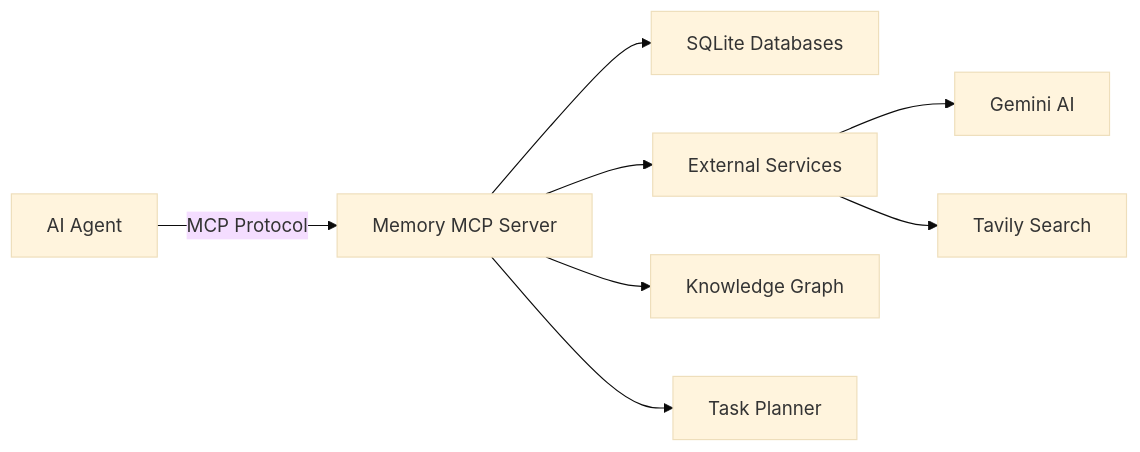
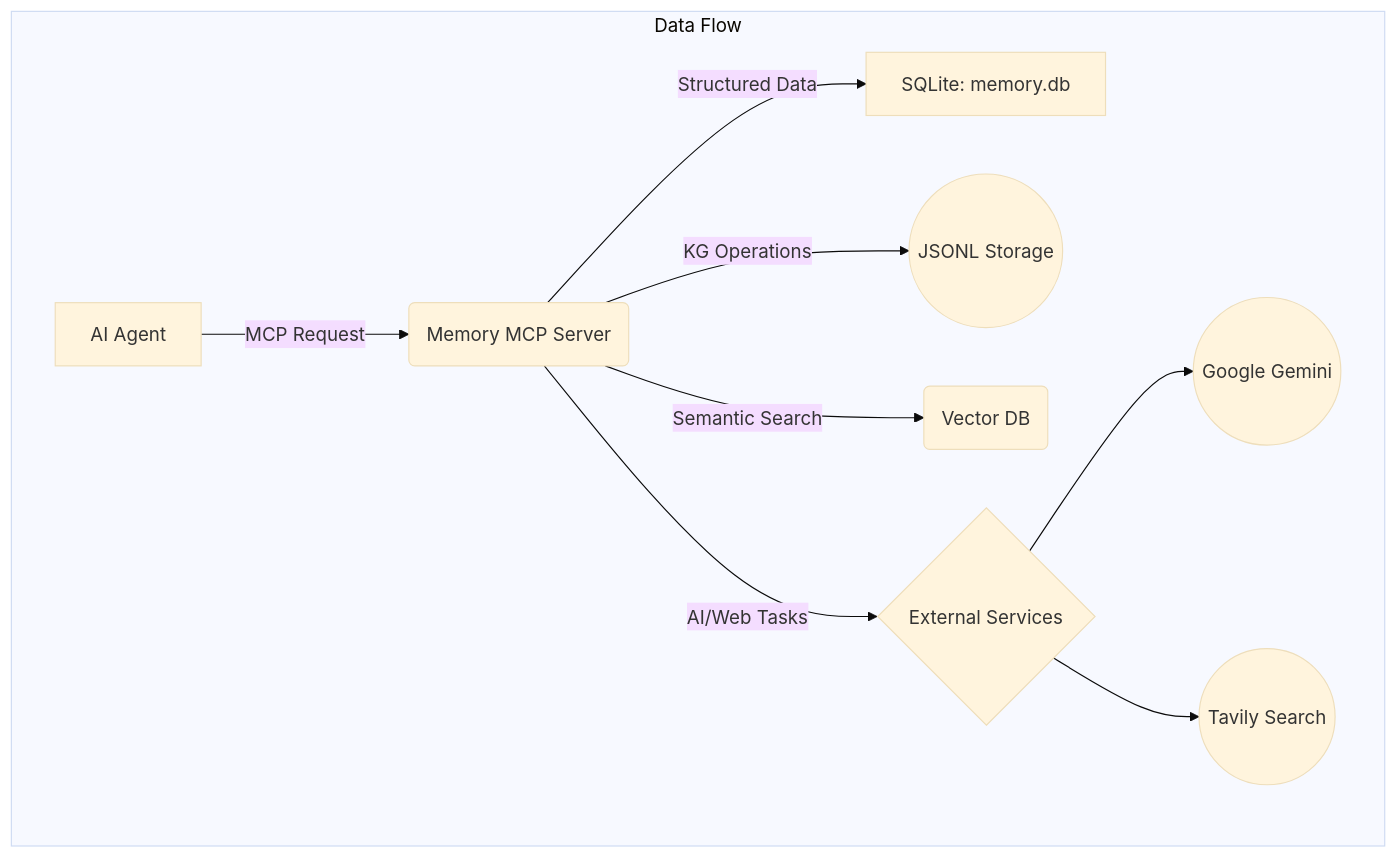
The diagram in README.md (rashee1997/orchestrator), drawn with Mermaid (base theme) before and after one commit. The commit also changed other lines of this file, not shown here.

First line of the commit message:
docs(readme): overhaul for toolkit-centric agent workflow and detailed tools

````diff
--- a/README.md
+++ b/README.md
@@ -409,10 +357,12 @@
 ```mermaid
-graph LR
-    A[AI Agent] -->|MCP Protocol| B[Memory MCP Server]
-    B --> C[SQLite Databases]
-    B --> D[External Services]
-    D --> E[Gemini AI]
-    D --> F[Tavily Search]
-    B --> G[Knowledge Graph]
-    B --> H[Task Planner]
+graph TD
+    subgraph "Data Flow"
+        A[AI Agent] -->|MCP Request| B(Memory MCP Server)
+        B -->|Structured Data| C[SQLite: memory.db]
+        B -->|KG Operations| D((JSONL Storage))
+        B -->|Semantic Search| E(Vector DB)
+        B -->|AI/Web Tasks| F{External Services}
+        F --> G((Google Gemini))
+        F --> H((Tavily Search))
+    end
 ```
````
